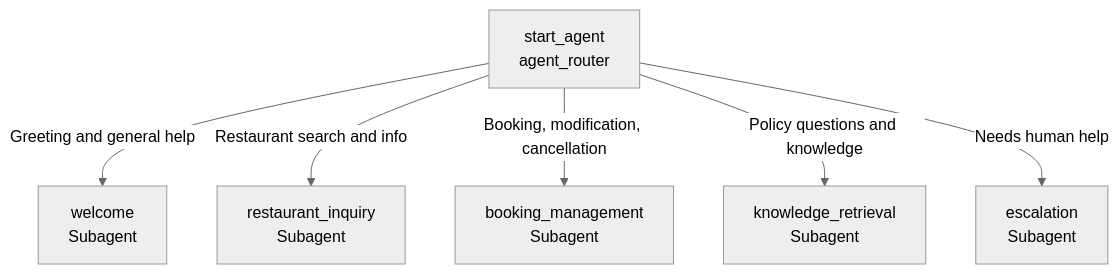
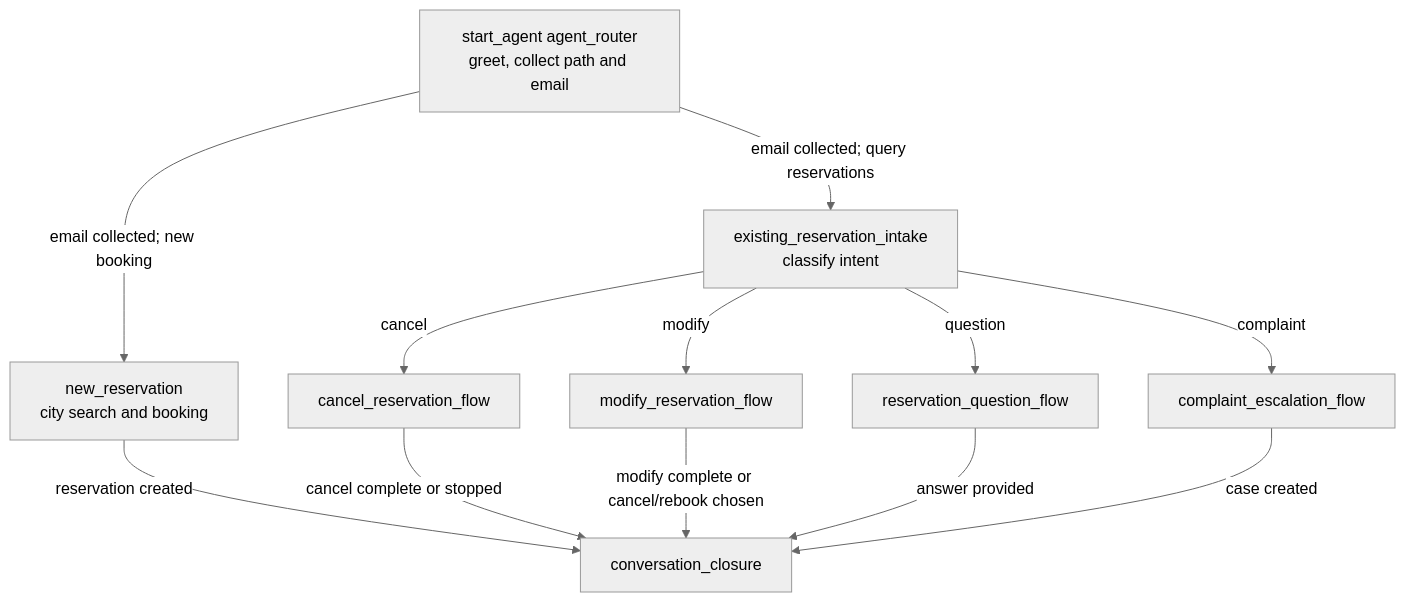
One commit to hellracerrback/DinerSupport changed the diagram in Restro_Manager_AI-AgentSpec.md. Above: the diagram before and after it, drawn with Mermaid. The commit also changed other lines of this file and 4 other files, not shown here.

````diff
--- a/Restro_Manager_AI-AgentSpec.md
+++ b/Restro_Manager_AI-AgentSpec.md
@@ -20,11 +24,16 @@
 ```mermaid
 %%{init: {'theme':'neutral'}}%%
 graph TD
-    A[start_agent<br/>agent_router]
-
-    A -->|"Greeting and general help"| B[welcome<br/>Subagent]
-    A -->|"Restaurant search and info"| C[restaurant_inquiry<br/>Subagent]
-    A -->|"Booking, modification, cancellation"| D[booking_management<br/>Subagent]
-    A -->|"Policy questions and knowledge"| E[knowledge_retrieval<br/>Subagent]
-    A -->|"Needs human help"| F[escalation<br/>Subagent]
+    A["start_agent agent_router<br/>greet, collect path and email"]
+    A -->|"email collected; query reservations"| B["existing_reservation_intake<br/>classify intent"]
+    A -->|"email collected; new booking"| C["new_reservation<br/>city search and booking"]
+    B -->|"cancel"| D["cancel_reservation_flow"]
+    B -->|"modify"| E["modify_reservation_flow"]
+    B -->|"question"| F["reservation_question_flow"]
+    B -->|"complaint"| G["complaint_escalation_flow"]
+    C -->|"reservation created"| H["conversation_closure"]
+    D -->|"cancel complete or stopped"| H
+    E -->|"modify complete or cancel/rebook chosen"| H
+    F -->|"answer provided"| H
+    G -->|"case created"| H
 ```
````
